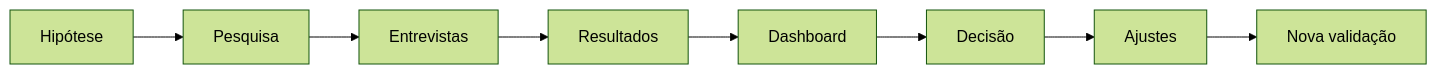
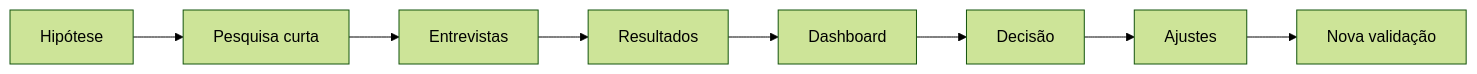
One commit to guivos-repositorio/Guivos-Knowledge-Repository changed the diagram in docs/research/market-validation/README.md. Above: the diagram before and after it, drawn with Mermaid (forest theme). The commit also changed other lines of this file, not shown here.

````diff
--- a/docs/research/market-validation/README.md
+++ b/docs/research/market-validation/README.md
@@ -40,4 +42,4 @@
 ```mermaid
 flowchart LR
-    A["Hipótese"] --> B["Pesquisa"] --> C["Entrevistas"] --> D["Resultados"] --> E["Dashboard"] --> F["Decisão"] --> G["Ajustes"] --> H["Nova validação"]
+    A["Hipótese"] --> B["Pesquisa curta"] --> C["Entrevistas"] --> D["Resultados"] --> E["Dashboard"] --> F["Decisão"] --> G["Ajustes"] --> H["Nova validação"]
 ```
````
